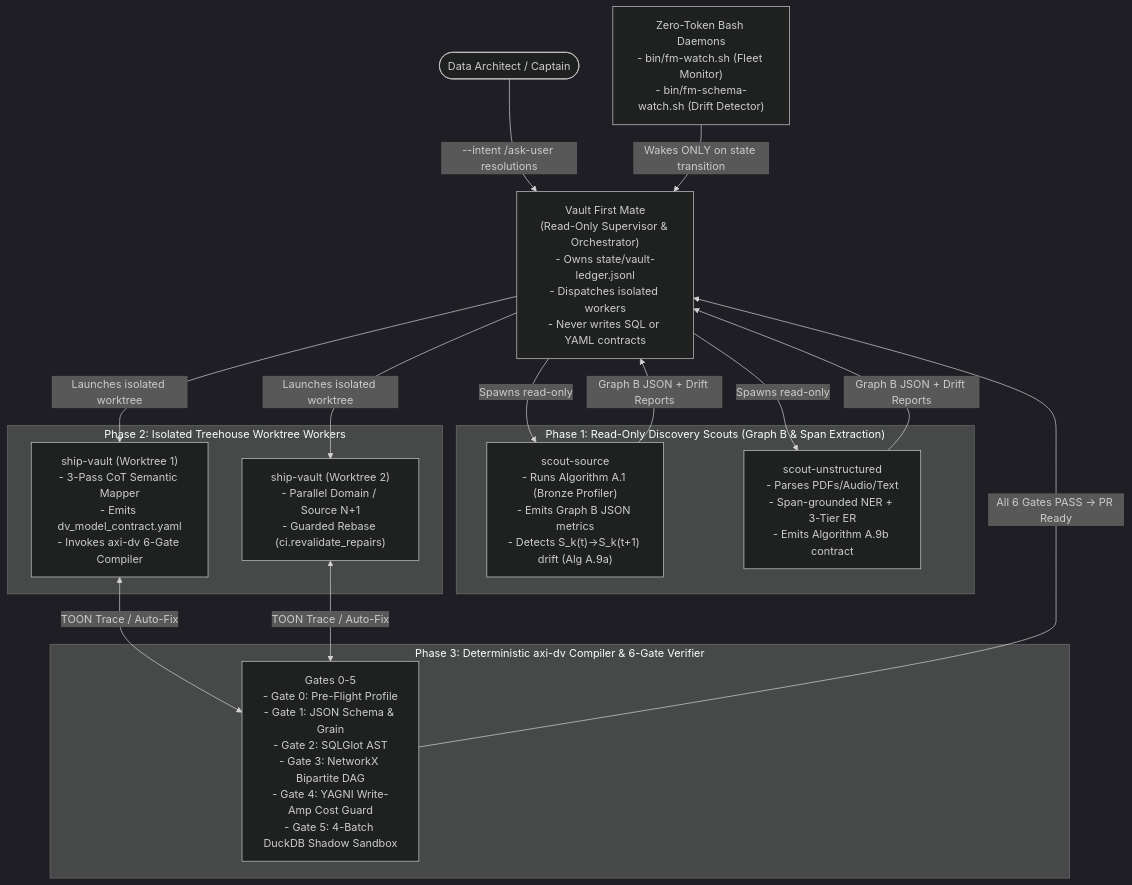
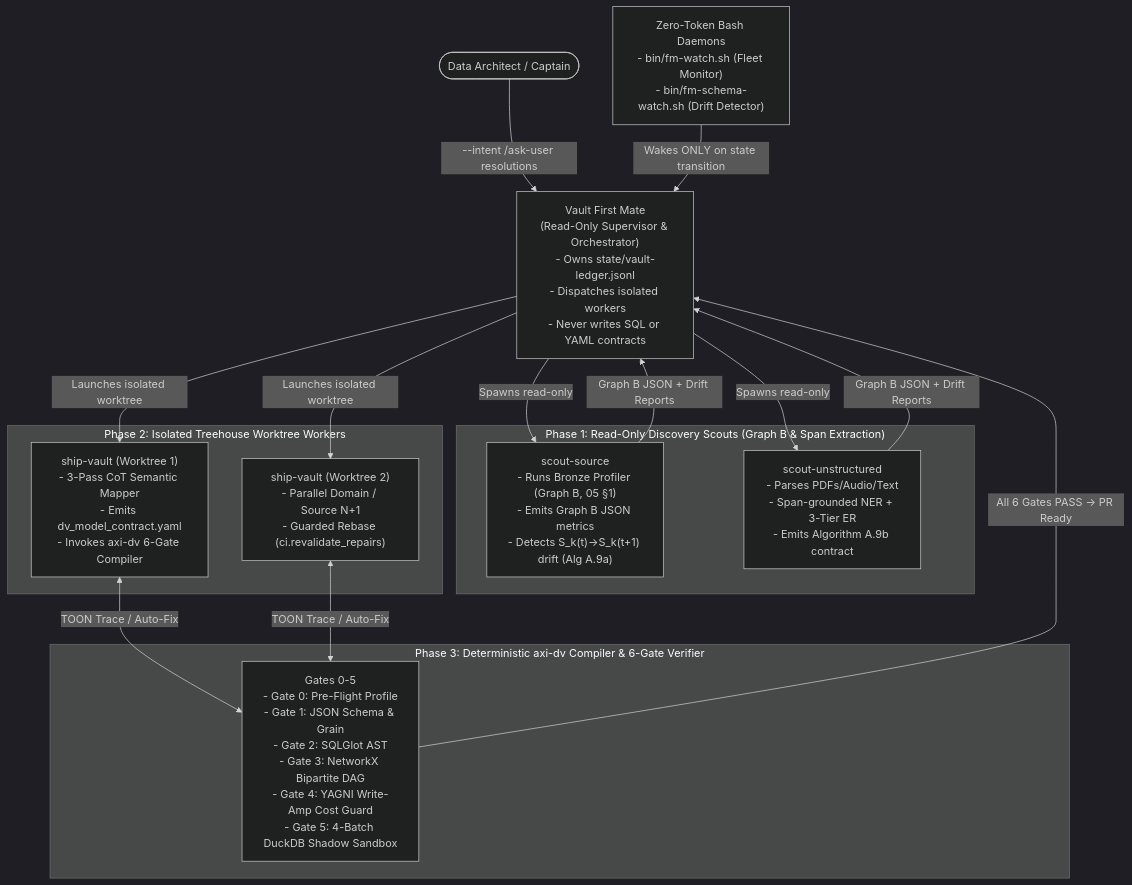
The fourth of 4 diagrams in docs/03-verification-and-agentic-architecture.md (nogoo9/open-dv), drawn with Mermaid (dark theme) before and after one commit. The commit also changed other lines of this file and 8 other files, not shown here.

````diff
--- a/docs/03-verification-and-agentic-architecture.md
+++ b/docs/03-verification-and-agentic-architecture.md
@@ -838,28 +839,28 @@
 ```mermaid
 flowchart TB
     User(["Data Architect / Captain"])
     FM["Vault First Mate\n(Read-Only Supervisor & Orchestrator)\n- Owns state/vault-ledger.jsonl\n- Dispatches isolated workers\n- Never writes SQL or YAML contracts"]
     Watch["Zero-Token Bash Daemons\n- bin/fm-watch.sh (Fleet Monitor)\n- bin/fm-schema-watch.sh (Drift Detector)"]
 
     subgraph Scouts["Phase 1: Read-Only Discovery Scouts (Graph B & Span Extraction)"]
-        SS["scout-source\n- Runs Algorithm A.1 (Bronze Profiler)\n- Emits Graph B JSON metrics\n- Detects S_k(t)->S_k(t+1) drift (Alg A.9a)"]
+        SS["scout-source\n- Runs Bronze Profiler (Graph B, 05 §1)\n- Emits Graph B JSON metrics\n- Detects S_k(t)->S_k(t+1) drift (Alg A.9a)"]
         SU["scout-unstructured\n- Parses PDFs/Audio/Text\n- Span-grounded NER + 3-Tier ER\n- Emits Algorithm A.9b contract"]
     end
 
     subgraph Workers["Phase 2: Isolated Treehouse Worktree Workers"]
         SW1["ship-vault (Worktree 1)\n- 3-Pass CoT Semantic Mapper\n- Emits dv_model_contract.yaml\n- Invokes axi-dv 6-Gate Compiler"]
         SW2["ship-vault (Worktree 2)\n- Parallel Domain / Source N+1\n- Guarded Rebase (ci.revalidate_repairs)"]
     end
 
     subgraph Gates["Phase 3: Deterministic axi-dv Compiler & 6-Gate Verifier"]
         G05["Gates 0-5\n- Gate 0: Pre-Flight Profile\n- Gate 1: JSON Schema & Grain\n- Gate 2: SQLGlot AST\n- Gate 3: NetworkX Bipartite DAG\n- Gate 4: YAGNI Write-Amp Cost Guard\n- Gate 5: 4-Batch DuckDB Shadow Sandbox"]
     end
 
     User -- "--intent /ask-user resolutions" --> FM
     Watch -- "Wakes ONLY on state transition" --> FM
     FM -- "Spawns read-only" --> SS & SU
     SS & SU -- "Graph B JSON + Drift Reports" --> FM
     FM -- "Launches isolated worktree" --> SW1 & SW2
     SW1 & SW2 <-->|"TOON Trace / Auto-Fix"| G05
     G05 -- "All 6 Gates PASS -> PR Ready" --> FM
 ```
````
